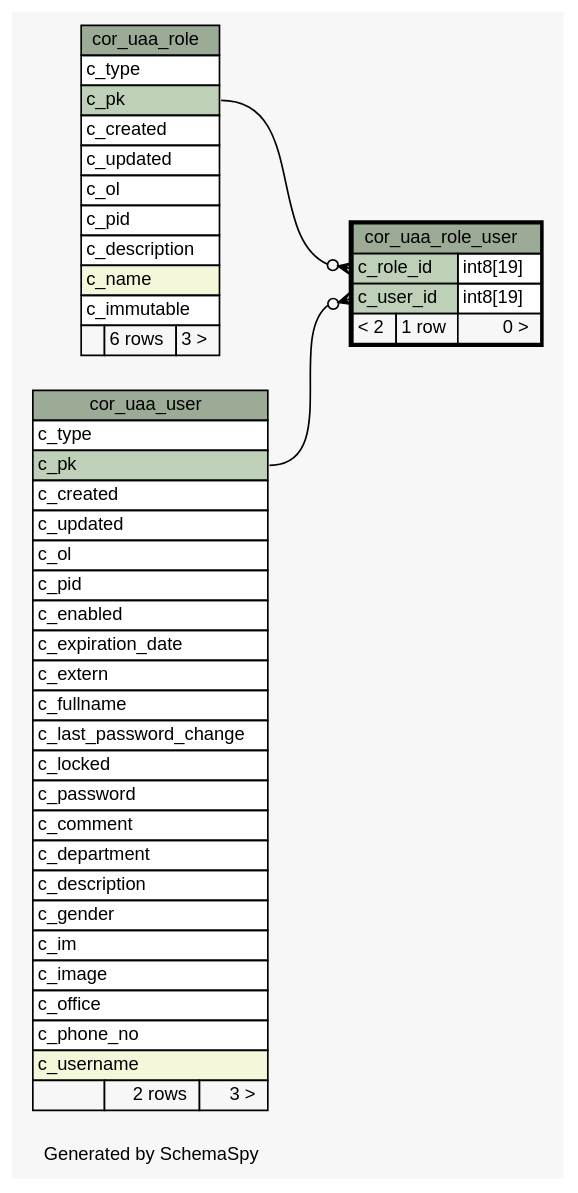
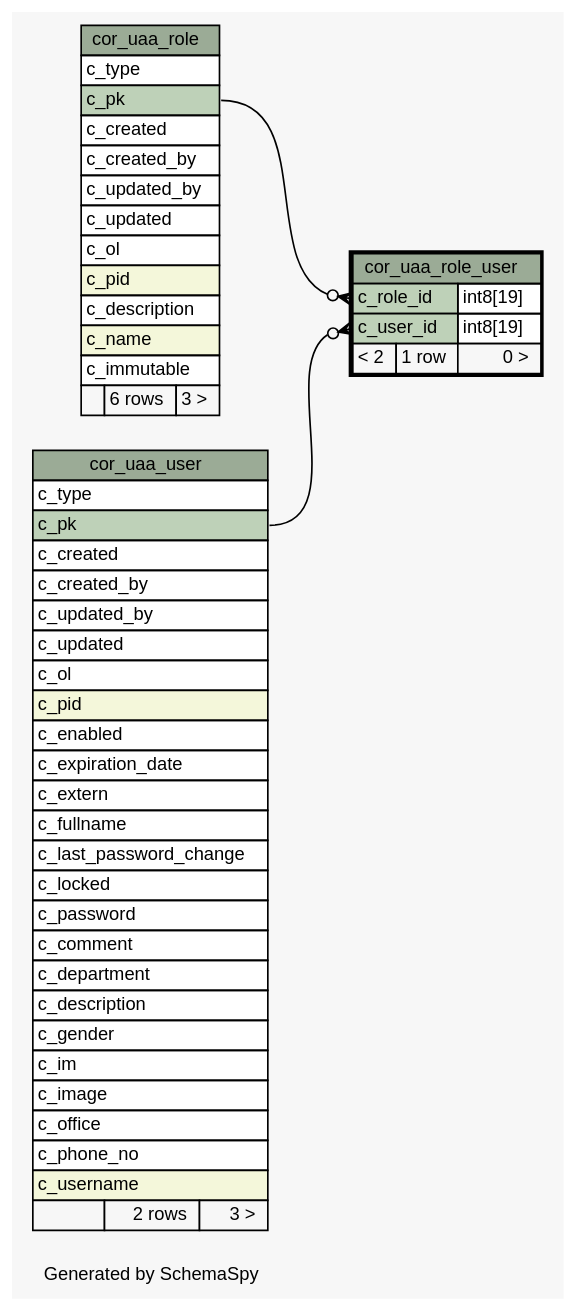
The diagram in 1.1.0-SNAPSHOT/schemaspy/diagrams/cor_uaa_role_user.1degree.dot (openwms/org.openwms.core.uaa), drawn with Graphviz before and after one commit. The commit also changed 268 other files, not shown here.

```diff
--- a/1.1.0-SNAPSHOT/schemaspy/diagrams/cor_uaa_role_user.1degree.dot
+++ b/1.1.0-SNAPSHOT/schemaspy/diagrams/cor_uaa_role_user.1degree.dot
@@ -1,84 +1,88 @@
-// dot 2.43.0 on Linux 5.11.0-1021-azure
+// dot 2.43.0 on Linux 5.13.0-1029-azure
 // SchemaSpy rev Unknown
 digraph "oneDegreeRelationshipsDiagram" {
   graph [
     rankdir="RL"
     bgcolor="#f7f7f7"
     label="\nGenerated by SchemaSpy"
     labeljust="l"
     nodesep="0.18"
     ranksep="0.46"
     fontname="Helvetica"
     fontsize="11"
   ];
   node [
     fontname="Helvetica"
     fontsize="11"
     shape="plaintext"
   ];
   edge [
     arrowsize="0.8"
   ];
   "cor_uaa_role_user":"c_role_id":w -> "cor_uaa_role":"c_pk":e [arrowhead=none dir=back arrowtail=crowodot];
   "cor_uaa_role_user":"c_user_id":w -> "cor_uaa_user":"c_pk":e [arrowhead=none dir=back arrowtail=crowodot];
   "cor_uaa_role" [
     label=<
     <TABLE BORDER="0" CELLBORDER="1" CELLSPACING="0" BGCOLOR="#ffffff">
       <TR><TD COLSPAN="3" BGCOLOR="#9bab96" ALIGN="CENTER">cor_uaa_role</TD></TR>
       <TR><TD PORT="c_type" COLSPAN="3" ALIGN="LEFT">c_type</TD></TR>
       <TR><TD PORT="c_pk" COLSPAN="3" BGCOLOR="#bed1b8" ALIGN="LEFT">c_pk</TD></TR>
       <TR><TD PORT="c_created" COLSPAN="3" ALIGN="LEFT">c_created</TD></TR>
+      <TR><TD PORT="c_created_by" COLSPAN="3" ALIGN="LEFT">c_created_by</TD></TR>
+      <TR><TD PORT="c_updated_by" COLSPAN="3" ALIGN="LEFT">c_updated_by</TD></TR>
       <TR><TD PORT="c_updated" COLSPAN="3" ALIGN="LEFT">c_updated</TD></TR>
       <TR><TD PORT="c_ol" COLSPAN="3" ALIGN="LEFT">c_ol</TD></TR>
-      <TR><TD PORT="c_pid" COLSPAN="3" ALIGN="LEFT">c_pid</TD></TR>
+      <TR><TD PORT="c_pid" COLSPAN="3" BGCOLOR="#f4f7da" ALIGN="LEFT">c_pid</TD></TR>
       <TR><TD PORT="c_description" COLSPAN="3" ALIGN="LEFT">c_description</TD></TR>
       <TR><TD PORT="c_name" COLSPAN="3" BGCOLOR="#f4f7da" ALIGN="LEFT">c_name</TD></TR>
       <TR><TD PORT="c_immutable" COLSPAN="3" ALIGN="LEFT">c_immutable</TD></TR>
       <TR><TD ALIGN="LEFT" BGCOLOR="#f7f7f7">  </TD><TD ALIGN="RIGHT" BGCOLOR="#f7f7f7">6 rows</TD><TD ALIGN="RIGHT" BGCOLOR="#f7f7f7">3 &gt;</TD></TR>
     </TABLE>>
     URL="cor_uaa_role.html"
     tooltip="cor_uaa_role"
   ];
   "cor_uaa_role_user" [
     label=<
     <TABLE BORDER="2" CELLBORDER="1" CELLSPACING="0" BGCOLOR="#ffffff">
       <TR><TD COLSPAN="3" BGCOLOR="#9bab96" ALIGN="CENTER">cor_uaa_role_user</TD></TR>
       <TR><TD PORT="c_role_id" COLSPAN="2" BGCOLOR="#bed1b8" ALIGN="LEFT">c_role_id</TD><TD PORT="c_role_id.type" ALIGN="LEFT">int8[19]</TD></TR>
       <TR><TD PORT="c_user_id" COLSPAN="2" BGCOLOR="#bed1b8" ALIGN="LEFT">c_user_id</TD><TD PORT="c_user_id.type" ALIGN="LEFT">int8[19]</TD></TR>
       <TR><TD ALIGN="LEFT" BGCOLOR="#f7f7f7">&lt; 2</TD><TD ALIGN="RIGHT" BGCOLOR="#f7f7f7">1 row</TD><TD ALIGN="RIGHT" BGCOLOR="#f7f7f7">0 &gt;</TD></TR>
     </TABLE>>
     URL="cor_uaa_role_user.html"
     tooltip="cor_uaa_role_user"
   ];
   "cor_uaa_user" [
     label=<
     <TABLE BORDER="0" CELLBORDER="1" CELLSPACING="0" BGCOLOR="#ffffff">
       <TR><TD COLSPAN="3" BGCOLOR="#9bab96" ALIGN="CENTER">cor_uaa_user</TD></TR>
       <TR><TD PORT="c_type" COLSPAN="3" ALIGN="LEFT">c_type</TD></TR>
       <TR><TD PORT="c_pk" COLSPAN="3" BGCOLOR="#bed1b8" ALIGN="LEFT">c_pk</TD></TR>
       <TR><TD PORT="c_created" COLSPAN="3" ALIGN="LEFT">c_created</TD></TR>
+      <TR><TD PORT="c_created_by" COLSPAN="3" ALIGN="LEFT">c_created_by</TD></TR>
+      <TR><TD PORT="c_updated_by" COLSPAN="3" ALIGN="LEFT">c_updated_by</TD></TR>
       <TR><TD PORT="c_updated" COLSPAN="3" ALIGN="LEFT">c_updated</TD></TR>
       <TR><TD PORT="c_ol" COLSPAN="3" ALIGN="LEFT">c_ol</TD></TR>
-      <TR><TD PORT="c_pid" COLSPAN="3" ALIGN="LEFT">c_pid</TD></TR>
+      <TR><TD PORT="c_pid" COLSPAN="3" BGCOLOR="#f4f7da" ALIGN="LEFT">c_pid</TD></TR>
       <TR><TD PORT="c_enabled" COLSPAN="3" ALIGN="LEFT">c_enabled</TD></TR>
       <TR><TD PORT="c_expiration_date" COLSPAN="3" ALIGN="LEFT">c_expiration_date</TD></TR>
       <TR><TD PORT="c_extern" COLSPAN="3" ALIGN="LEFT">c_extern</TD></TR>
       <TR><TD PORT="c_fullname" COLSPAN="3" ALIGN="LEFT">c_fullname</TD></TR>
       <TR><TD PORT="c_last_password_change" COLSPAN="3" ALIGN="LEFT">c_last_password_change</TD></TR>
       <TR><TD PORT="c_locked" COLSPAN="3" ALIGN="LEFT">c_locked</TD></TR>
       <TR><TD PORT="c_password" COLSPAN="3" ALIGN="LEFT">c_password</TD></TR>
       <TR><TD PORT="c_comment" COLSPAN="3" ALIGN="LEFT">c_comment</TD></TR>
       <TR><TD PORT="c_department" COLSPAN="3" ALIGN="LEFT">c_department</TD></TR>
       <TR><TD PORT="c_description" COLSPAN="3" ALIGN="LEFT">c_description</TD></TR>
       <TR><TD PORT="c_gender" COLSPAN="3" ALIGN="LEFT">c_gender</TD></TR>
       <TR><TD PORT="c_im" COLSPAN="3" ALIGN="LEFT">c_im</TD></TR>
       <TR><TD PORT="c_image" COLSPAN="3" ALIGN="LEFT">c_image</TD></TR>
       <TR><TD PORT="c_office" COLSPAN="3" ALIGN="LEFT">c_office</TD></TR>
       <TR><TD PORT="c_phone_no" COLSPAN="3" ALIGN="LEFT">c_phone_no</TD></TR>
       <TR><TD PORT="c_username" COLSPAN="3" BGCOLOR="#f4f7da" ALIGN="LEFT">c_username</TD></TR>
       <TR><TD ALIGN="LEFT" BGCOLOR="#f7f7f7">  </TD><TD ALIGN="RIGHT" BGCOLOR="#f7f7f7">2 rows</TD><TD ALIGN="RIGHT" BGCOLOR="#f7f7f7">3 &gt;</TD></TR>
     </TABLE>>
     URL="cor_uaa_user.html"
     tooltip="cor_uaa_user"
   ];
 }
```
